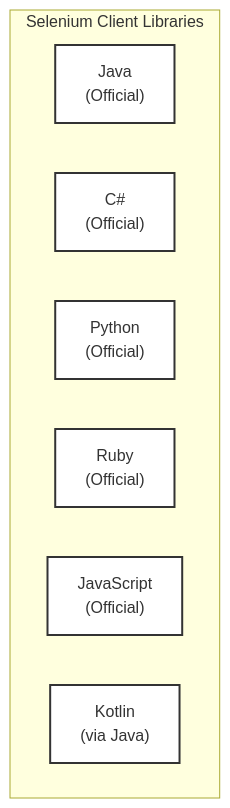
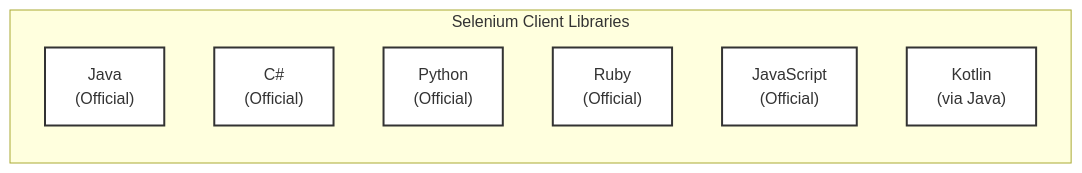
Before and after one commit to harryvn/automatiq: the diagram in docs/selenium-webdriver/03-language-bindings.md, drawn with Mermaid. The commit also changed 6 other files, not shown here.

````diff
--- a/docs/selenium-webdriver/03-language-bindings.md
+++ b/docs/selenium-webdriver/03-language-bindings.md
@@ -10,14 +10,14 @@
 ```mermaid
-graph TD
+graph LR
     subgraph "Selenium Client Libraries"
         C1["Java<br>(Official)"]
         C2["C#<br>(Official)"]
         C3["Python<br>(Official)"]
         C4["Ruby<br>(Official)"]
         C5["JavaScript<br>(Official)"]
         C6["Kotlin<br>(via Java)"]
     end
 
     classDef light fill:#fff,stroke:#333,stroke-width:2px,color:#333;
     class C1,C2,C3,C4,C5,C6 light;
 ```
````
